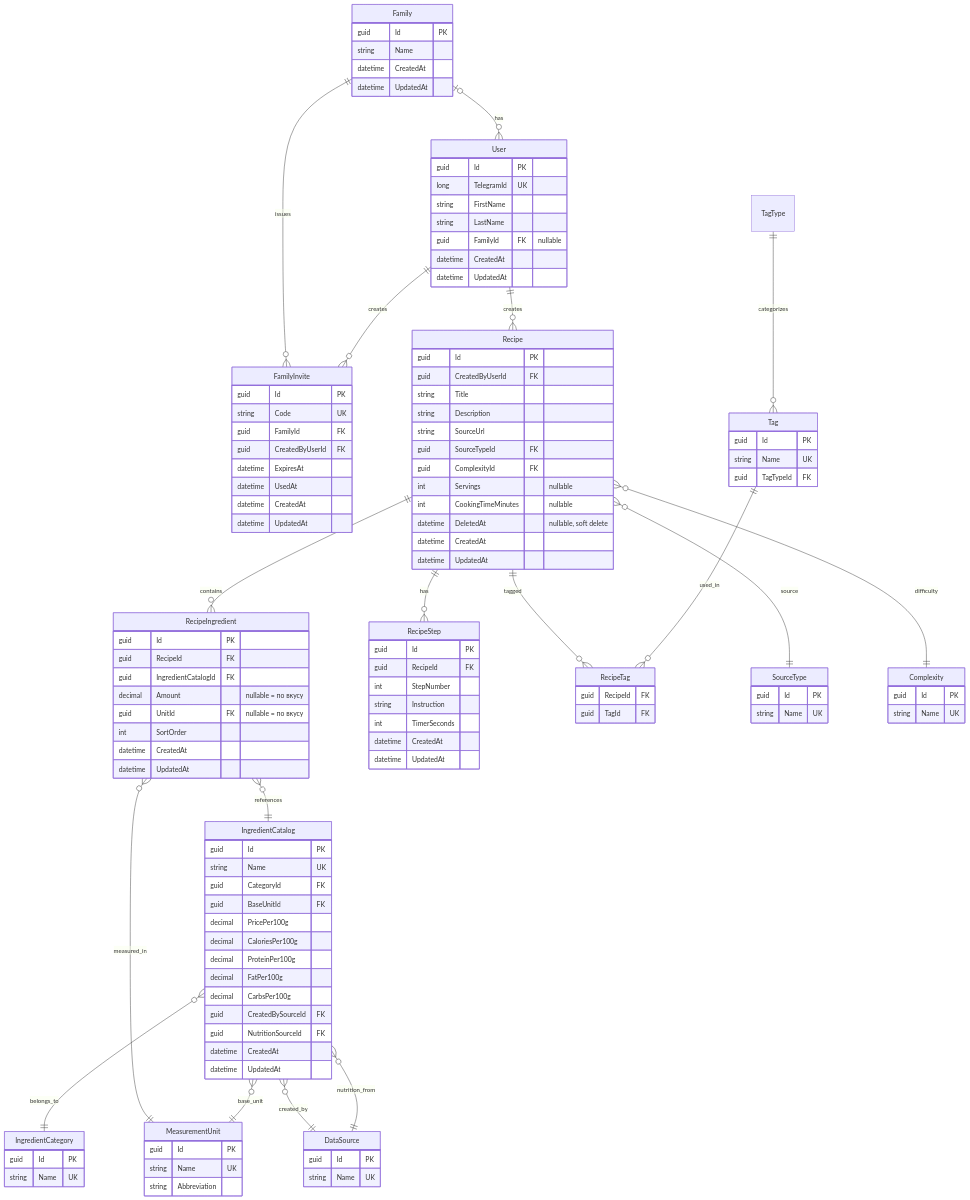
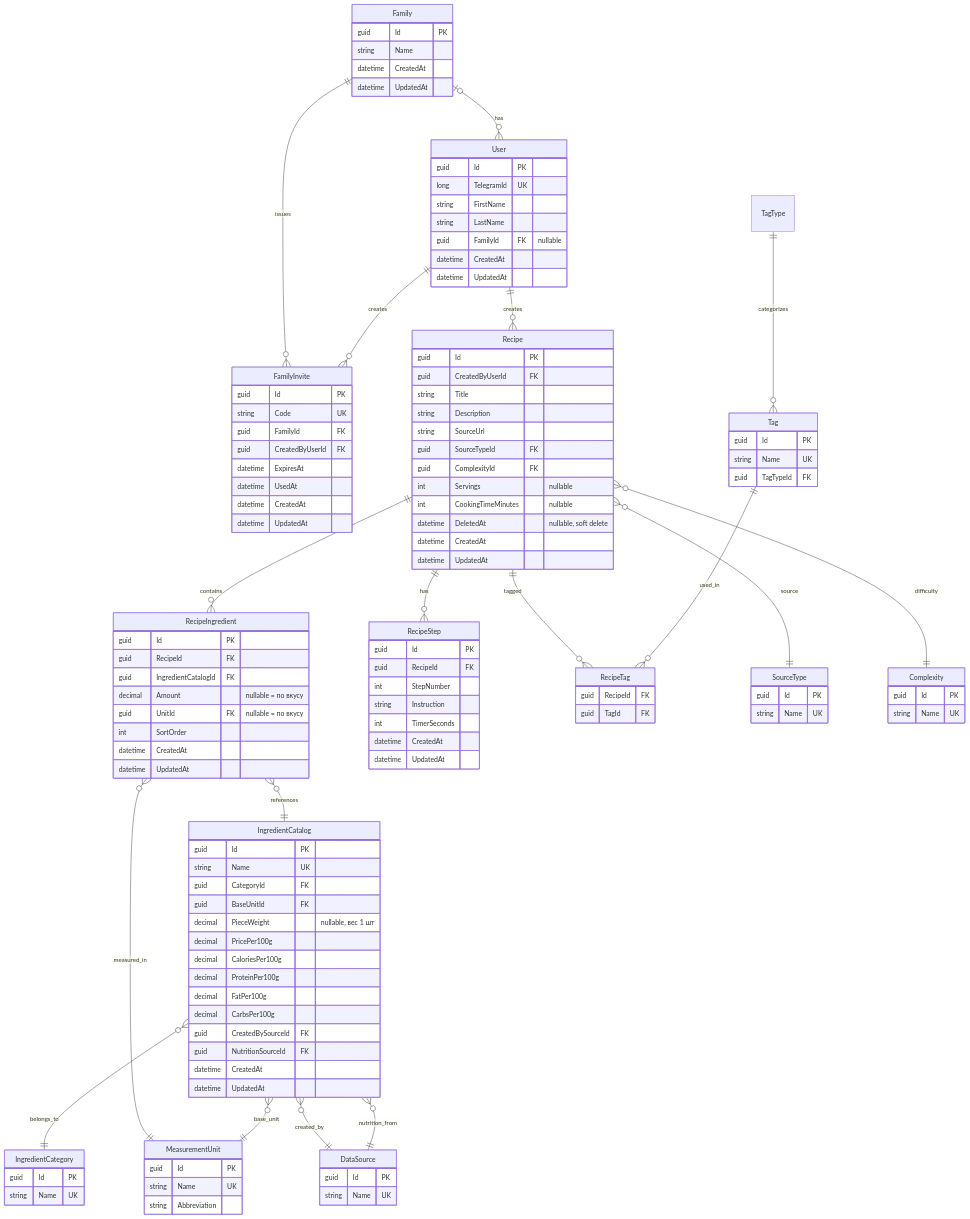
The diagram in CLAUDE.md (Henogapok/CookingApp), drawn with Mermaid before and after one commit. The commit also changed other lines of this file and 31 other files, not shown here.

Commit message:
Recipe nutrition: raw-mass KBJU and cost, piece weight, collapsible card sections

```diff
--- a/CLAUDE.md
+++ b/CLAUDE.md
@@ -195,6 +195,7 @@
     string Name UK
     guid CategoryId FK
     guid BaseUnitId FK
+    decimal PieceWeight "nullable, вес 1 шт"
     decimal PricePer100g
     decimal CaloriesPer100g
     decimal ProteinPer100g
```
